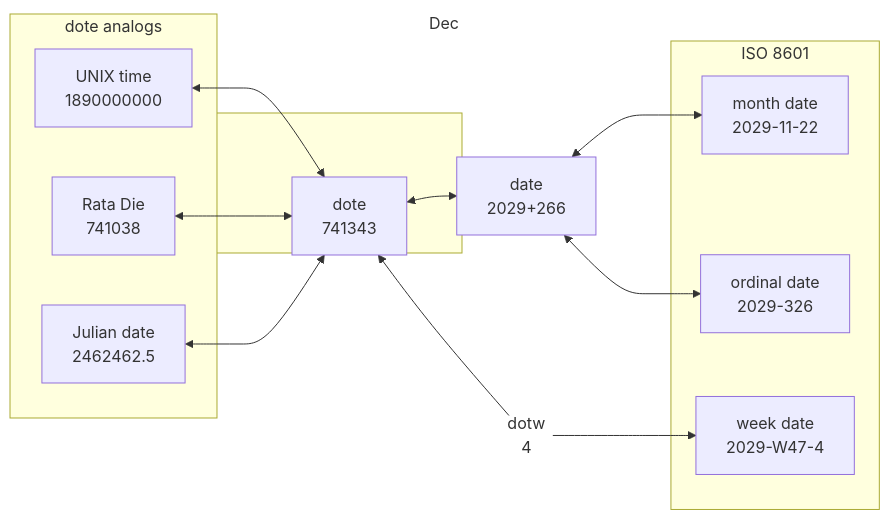
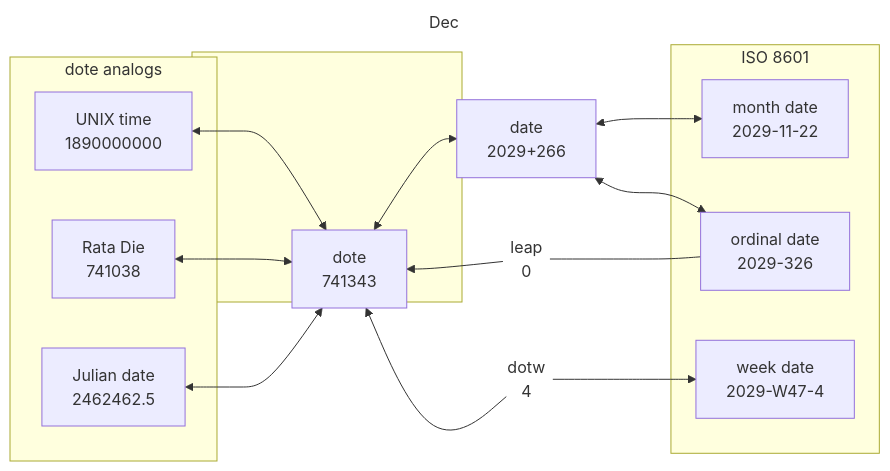
Before and after one commit to maptv/maptv.github.io: the diagram in dec/date/index.qmd, drawn with Mermaid. The commit also changed other lines of this file and 2 other files, not shown here.

Commit message:
Changed files: dec/date/index.html dec/date/index.md dec/date/index.qmd

````diff
--- a/dec/date/index.qmd
+++ b/dec/date/index.qmd
@@ -100,37 +100,38 @@
 ```{mermaid}
 flowchart LR
    A[UNIX time\n1890000000]<-->B[dote\n741343]
    C[Rata Die\n741038]<-->B
    D[Julian date\n2462462.5]<-->B
    subgraph ana[dote analogs]
    A
    C
    D
    end
    subgraph decalendar[Dec]
    B<-->E[date\n2029+266]
+   H
+   I
    end
    E<-->F[month date\n2029-11-22]
    E<-->G[ordinal date\n2029-326]
-   H((dotw\n4))-->B
-   H-->I[week date\n2029-W47-4]
+   B~~~H((leap\n0)):::empty-->B
+   H---G
+   B~~~I((dotw\n4)):::empty-->B
+   I-->J[week date\n2029-W47-4]
    subgraph iso[ISO 8601]
    F
    G
-   I
+   J
    end
-   B---H
+   classDef empty stroke:none,fill:none;
    %% B-->H[HH:MM:SS\n00:00:00]
-   %% C-->H
-   linkStyle 8 stroke-width:0px;
-   style decalendar y:110px,x:190px,width:270px,height:140px;
-   style H stroke:none,fill:none;
+   style decalendar y:50px,x:190px,width:270px,height:250px;
    click A "#unix-time"
    click B "#dote"
    click C "#rata-die"
    click D "#julian-date"
    click E "#date"
-   click F "#ordinal"
-   click G "#month"
-   click I "#week"
+   click F "#month"
+   click G "#ordinal"
+   click J "#week"
 ```
````
